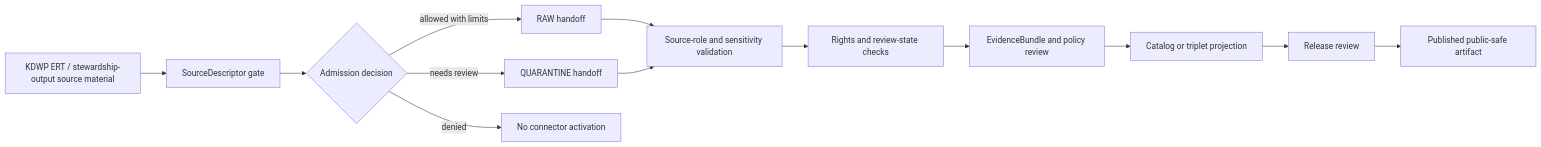
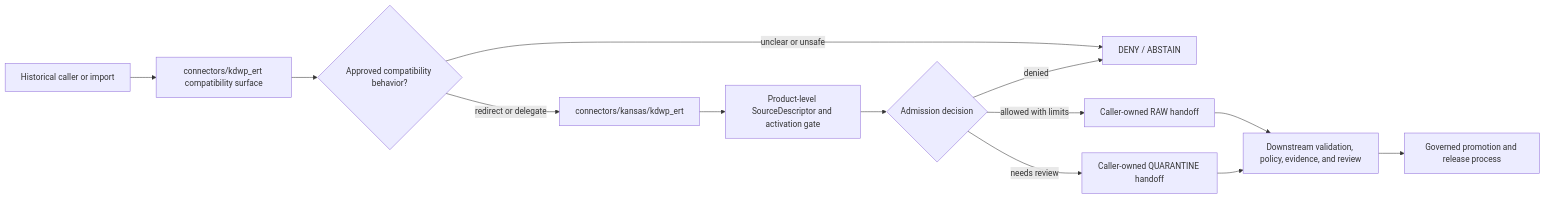
Before and after one commit to bartytime4life/Kansas-Frontier-Matrix: the diagram in connectors/kdwp_ert/README.md, drawn with Mermaid. The commit also changed other lines of this file, not shown here.

Commit message:
docs: update KDWP ERT compatibility README

````diff
--- a/connectors/kdwp_ert/README.md
+++ b/connectors/kdwp_ert/README.md
@@ -149,15 +256,15 @@
 ```mermaid
 flowchart LR
-  A[KDWP ERT / stewardship-output source material] --> B[SourceDescriptor gate]
-  B --> C{Admission decision}
-  C -->|allowed with limits| D[RAW handoff]
-  C -->|needs review| Q[QUARANTINE handoff]
-  C -->|denied| X[No connector activation]
-  D --> E[Source-role and sensitivity validation]
-  Q --> E
-  E --> F[Rights and review-state checks]
-  F --> G[EvidenceBundle and policy review]
-  G --> H[Catalog or triplet projection]
-  H --> I[Release review]
-  I --> P[Published public-safe artifact]
+  A[Historical caller or import] --> C[connectors/kdwp_ert compatibility surface]
+  C --> D{Approved compatibility behavior?}
+  D -->|redirect or delegate| K[connectors/kansas/kdwp_ert]
+  D -->|unclear or unsafe| X[DENY / ABSTAIN]
+  K --> S[Product-level SourceDescriptor and activation gate]
+  S --> G{Admission decision}
+  G -->|allowed with limits| R[Caller-owned RAW handoff]
+  G -->|needs review| Q[Caller-owned QUARANTINE handoff]
+  G -->|denied| X
+  R --> V[Downstream validation, policy, evidence, and review]
+  Q --> V
+  V --> P[Governed promotion and release process]
 ```
````
